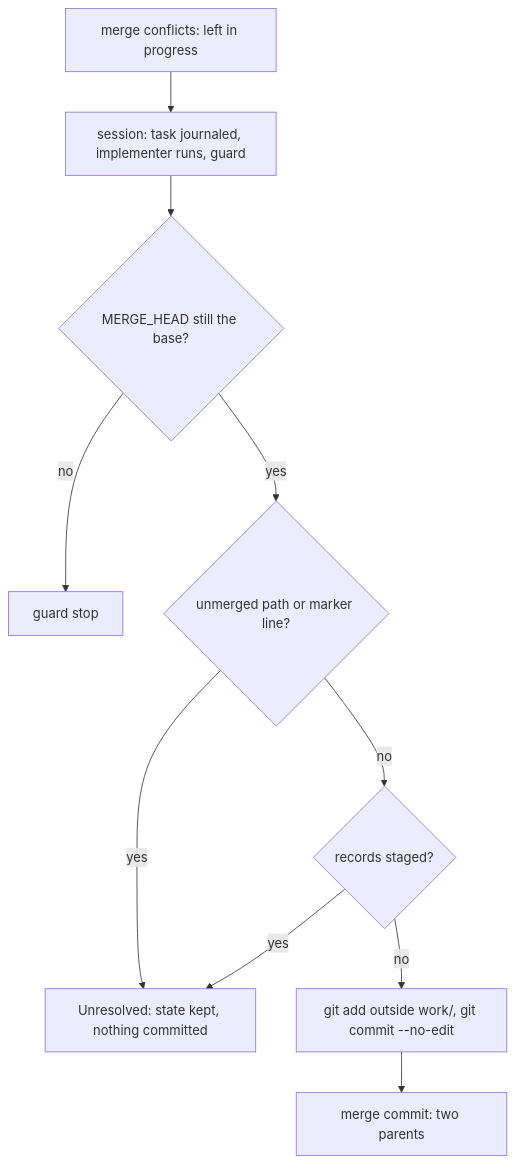
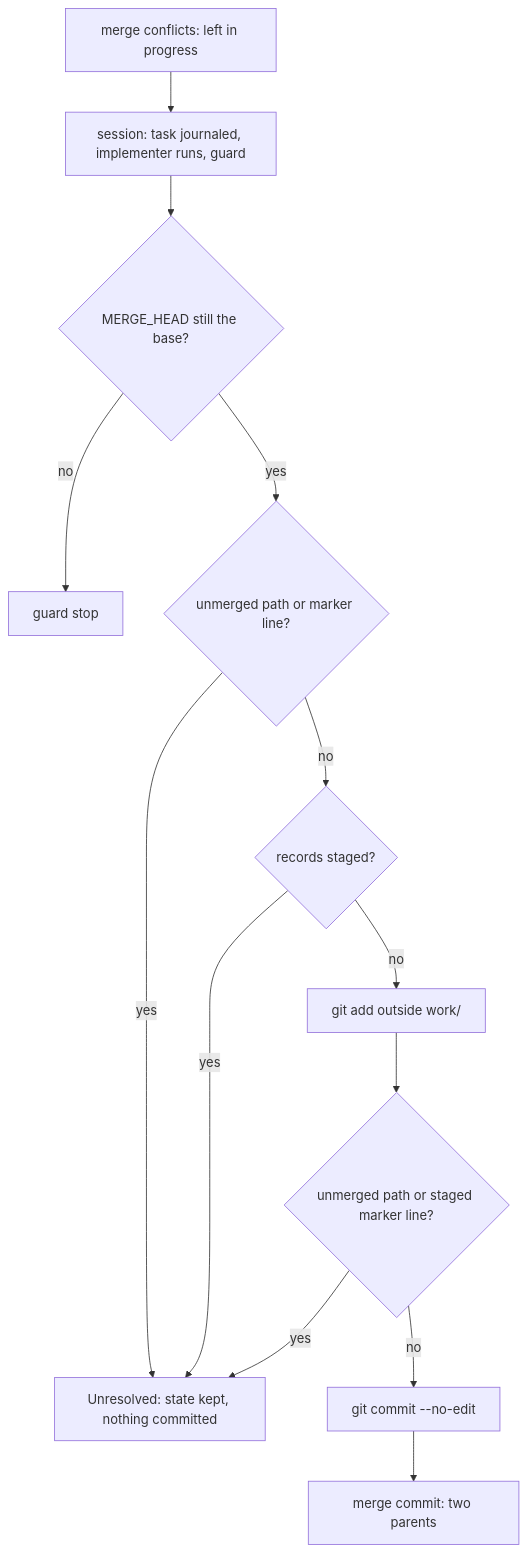
One commit to plaplanche/ariane changed the first of 3 diagrams in docs/architecture/modules/resolve.md. Above: the diagram before and after it, drawn with Mermaid. The commit also changed other lines of this file and 6 other files, not shown here.

````diff
--- a/docs/architecture/modules/resolve.md
+++ b/docs/architecture/modules/resolve.md
@@ -31,12 +32,15 @@
 ```mermaid
 flowchart TD
   A[merge conflicts: left in progress] --> B[session: task journaled, implementer runs, guard]
   B --> C{MERGE_HEAD still the base?}
   C -- no --> X[guard stop]
   C -- yes --> D{unmerged path or marker line?}
   D -- yes --> Y[Unresolved: state kept, nothing committed]
   D -- no --> E{records staged?}
   E -- yes --> Y
-  E -- no --> F[git add outside work/, git commit --no-edit]
-  F --> G[merge commit: two parents]
+  E -- no --> F[git add outside work/]
+  F --> H{unmerged path or staged marker line?}
+  H -- yes --> Y
+  H -- no --> I[git commit --no-edit]
+  I --> G[merge commit: two parents]
 ```
````
